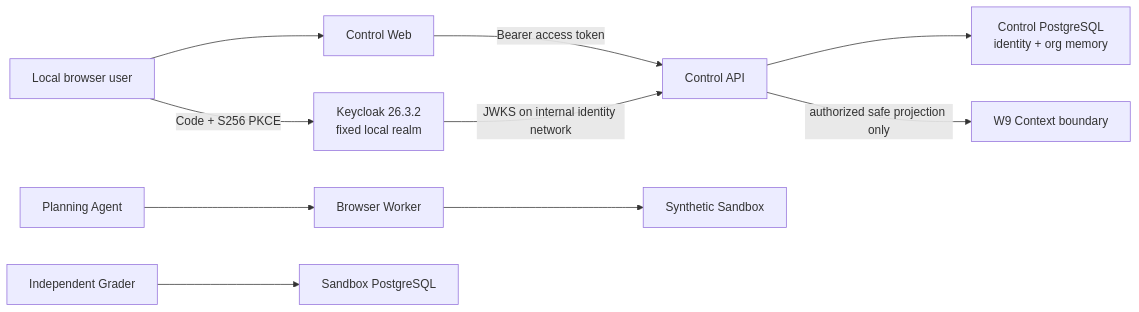
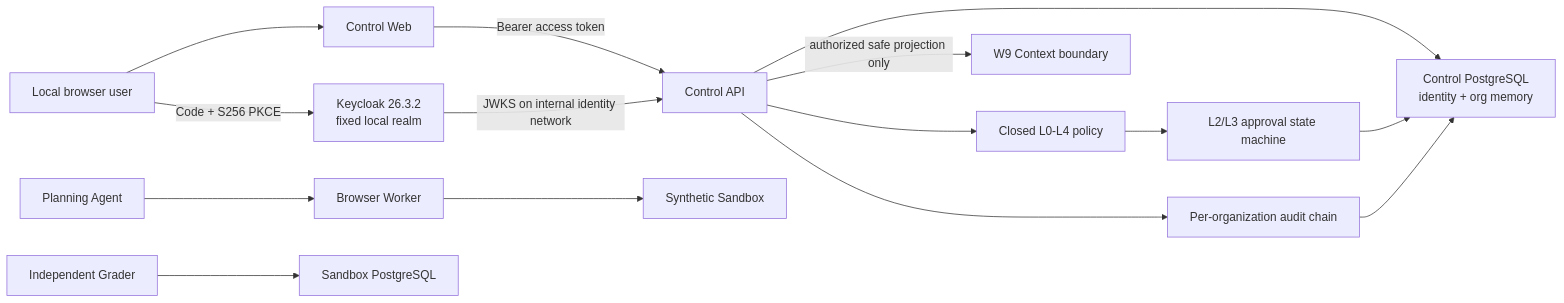
The diagram in README.md (taka-wzx/flowpilot-arena), drawn with Mermaid before and after one commit. The commit also changed other lines of this file and 41 other files, not shown here.

Commit message:
feat: add W11 approval and audit boundary

```diff
--- a/README.md
+++ b/README.md
@@ -30,12 +31,17 @@
 ~~~mermaid
 flowchart LR
     BrowserUser["Local browser user"] -->|"Code + S256 PKCE"| Keycloak["Keycloak 26.3.2\nfixed local realm"]
     BrowserUser --> Web["Control Web"]
     Web -->|"Bearer access token"| API["Control API"]
     Keycloak -->|"JWKS on internal identity network"| API
     API --> IdentityDB["Control PostgreSQL\nidentity + org memory"]
+    API --> Risk["Closed L0-L4 policy"]
+    Risk --> Approval["L2/L3 approval state machine"]
+    Approval --> IdentityDB
+    API --> Audit["Per-organization audit chain"]
+    Audit --> IdentityDB
     API -->|"authorized safe projection only"| Context["W9 Context boundary"]
     Planning["Planning Agent"] --> Browser["Browser Worker"]
     Browser --> Sandbox["Synthetic Sandbox"]
     Grader["Independent Grader"] --> SandboxDB["Sandbox PostgreSQL"]
 ~~~
```
